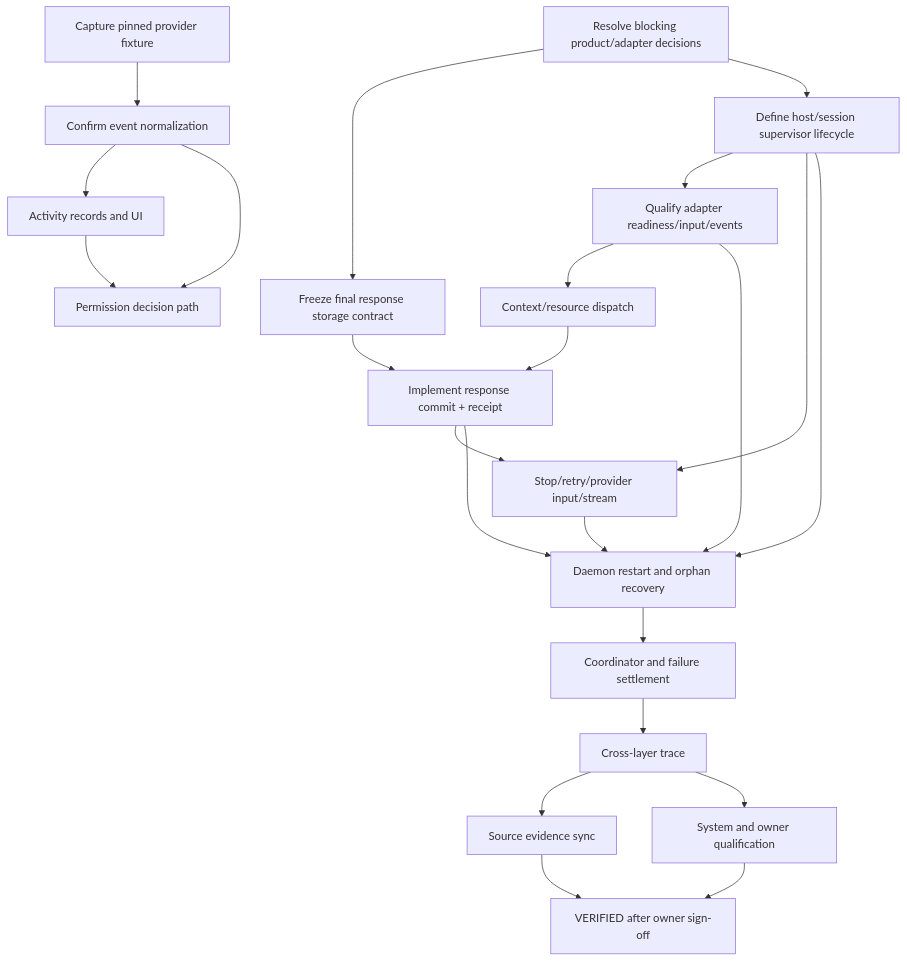
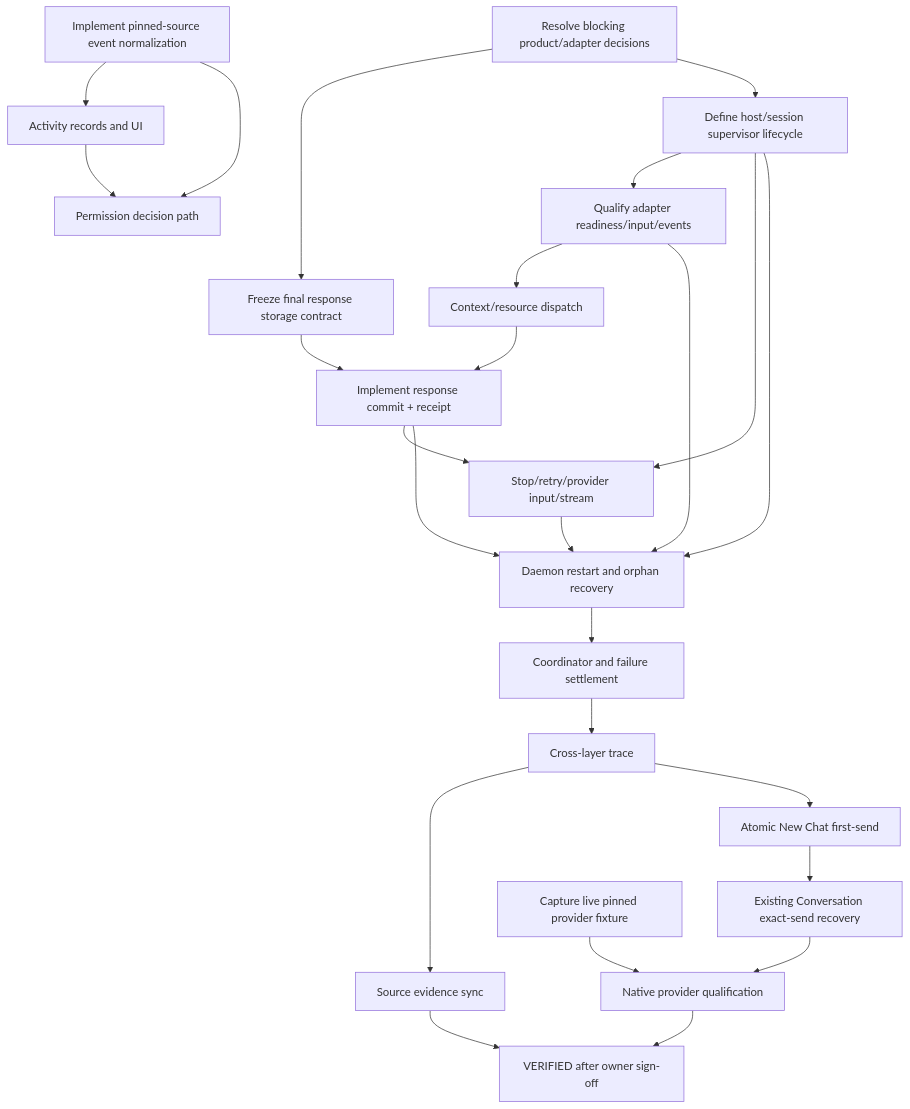
Before and after one commit to sarv-projects/litecowork: the diagram in specs/001-conversation-session-supervisor/PLAN.md, drawn with Mermaid. The commit also changed other lines of this file and 248 other files, not shown here.

````diff
--- a/specs/001-conversation-session-supervisor/PLAN.md
+++ b/specs/001-conversation-session-supervisor/PLAN.md
@@ -16,25 +16,28 @@
 ```mermaid
 flowchart TD
   T1[Resolve blocking product/adapter decisions] --> T2[Freeze final response storage contract]
   T1 --> T3[Define host/session supervisor lifecycle]
   T2 --> T6[Implement response commit + receipt]
   T3 --> T4[Qualify adapter readiness/input/events]
   T4 --> T5[Context/resource dispatch]
   T5 --> T6
   T3 --> T7[Stop/retry/provider input/stream]
   T6 --> T7
   T3 --> T8[Daemon restart and orphan recovery]
   T4 --> T8
   T6 --> T8
   T7 --> T8
   T8 --> T20[Coordinator and failure settlement]
   T20 --> T21[Cross-layer trace]
   T21 --> T22[Source evidence sync]
-  T23[Capture pinned provider fixture] --> T24[Confirm event normalization]
+  T21 --> T29[Atomic New Chat first-send]
+  T29 --> T30[Existing Conversation exact-send recovery]
+  T30 --> T9[System and owner qualification]
+  T23[Capture live pinned provider fixture] --> T9[Native provider qualification]
+  T24[Implement pinned-source event normalization]
   T24 --> T25[Activity records and UI]
   T25 --> T27[Permission decision path]
   T24 --> T27
-  T21 --> T9[System and owner qualification]
   T22 --> T28[VERIFIED after owner sign-off]
   T9 --> T28
 ```
````
